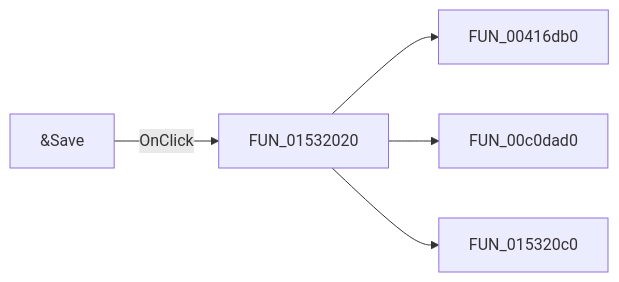
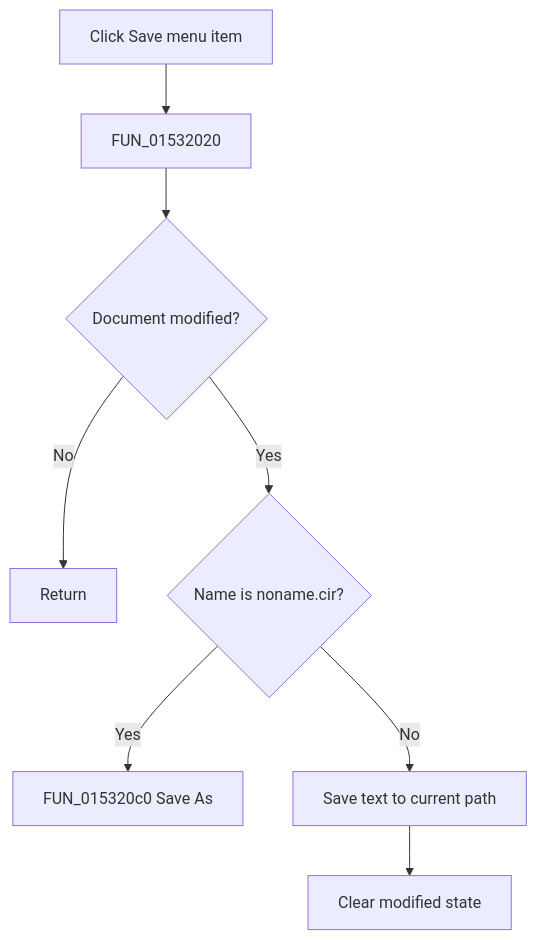
Before and after one commit to MovGP0/TIARA: the diagram in docs/ui-controls/netlisteditor/misave-b85e29d2dc.md, drawn with Mermaid. The commit also changed other lines of this file and 1062 other files, not shown here.

````diff
--- a/docs/ui-controls/netlisteditor/misave-b85e29d2dc.md
+++ b/docs/ui-controls/netlisteditor/misave-b85e29d2dc.md
@@ -27,7 +29,10 @@
 ```mermaid
-flowchart LR
-    control["&Save"] -->|OnClick| handler["FUN_01532020"]
-    handler --> call1["FUN_00416db0"]
-    handler --> call2["FUN_00c0dad0"]
-    handler --> call3["FUN_015320c0"]
+flowchart TD
+    control["Click Save menu item"] --> handler["FUN_01532020"]
+    handler --> modified{"Document modified?"}
+    modified -->|No| noop["Return"]
+    modified -->|Yes| default{"Name is noname.cir?"}
+    default -->|Yes| saveas["FUN_015320c0 Save As"]
+    default -->|No| save["Save text to current path"]
+    save --> clean["Clear modified state"]
 ```
````
